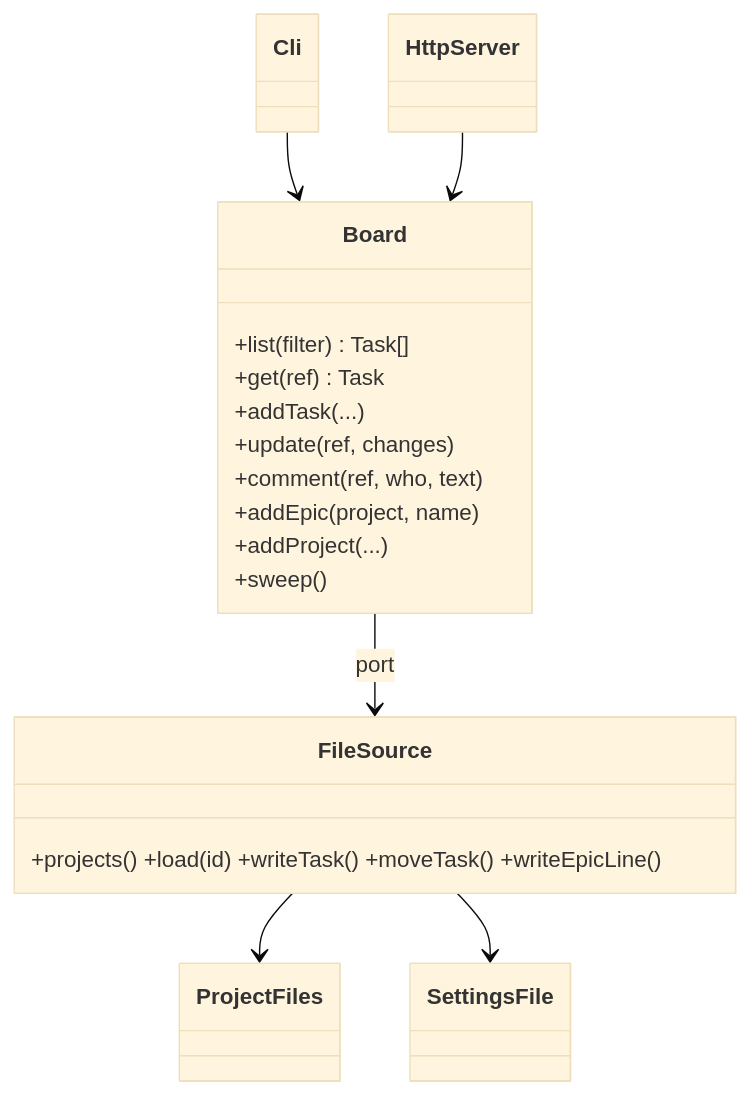
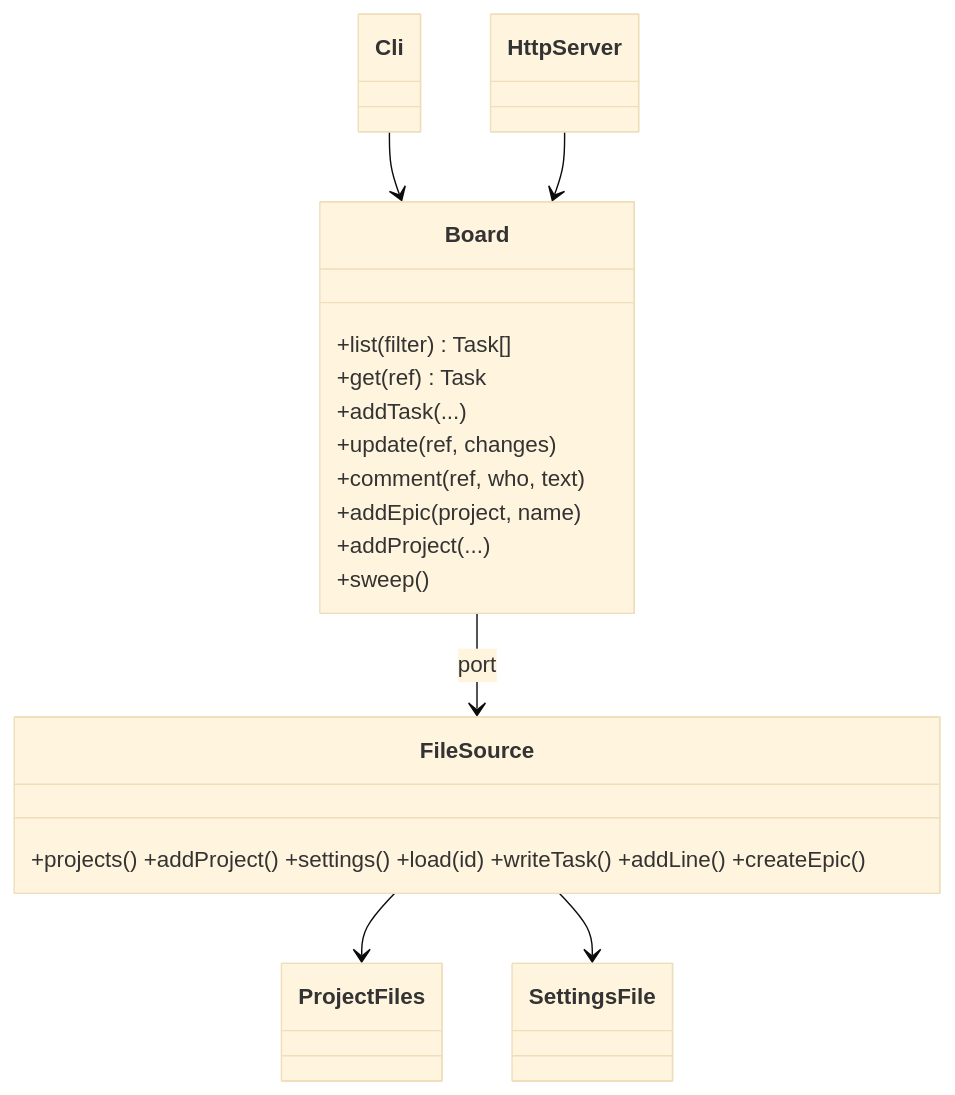
Before and after one commit to TabuNuf/doit: the diagram in Docs/Architecture.md, drawn with Mermaid (base theme). The commit also changed other lines of this file and 16 other files, not shown here.

````diff
--- a/Docs/Architecture.md
+++ b/Docs/Architecture.md
@@ -36,23 +36,23 @@
 ```mermaid
 classDiagram
   class Board {
     +list(filter) Task[]
     +get(ref) Task
     +addTask(...)
     +update(ref, changes)
     +comment(ref, who, text)
     +addEpic(project, name)
     +addProject(...)
     +sweep()
   }
-  class FileSource { +projects() +load(id) +writeTask() +moveTask() +writeEpicLine() }
+  class FileSource { +projects() +addProject() +settings() +load(id) +writeTask() +addLine() +createEpic() }
   class ProjectFiles
   class SettingsFile
   class Cli
   class HttpServer
   Board --> FileSource : port
   FileSource --> ProjectFiles
   FileSource --> SettingsFile
   Cli --> Board
   HttpServer --> Board
 ```
````
